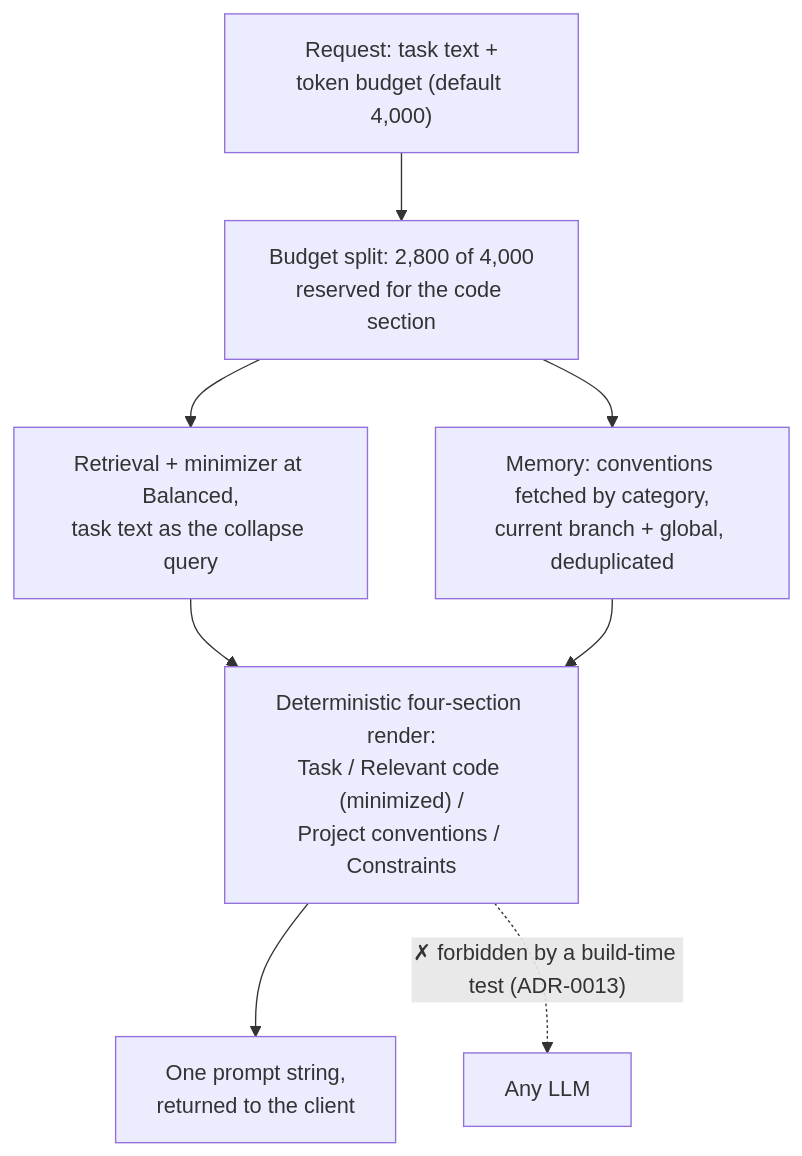
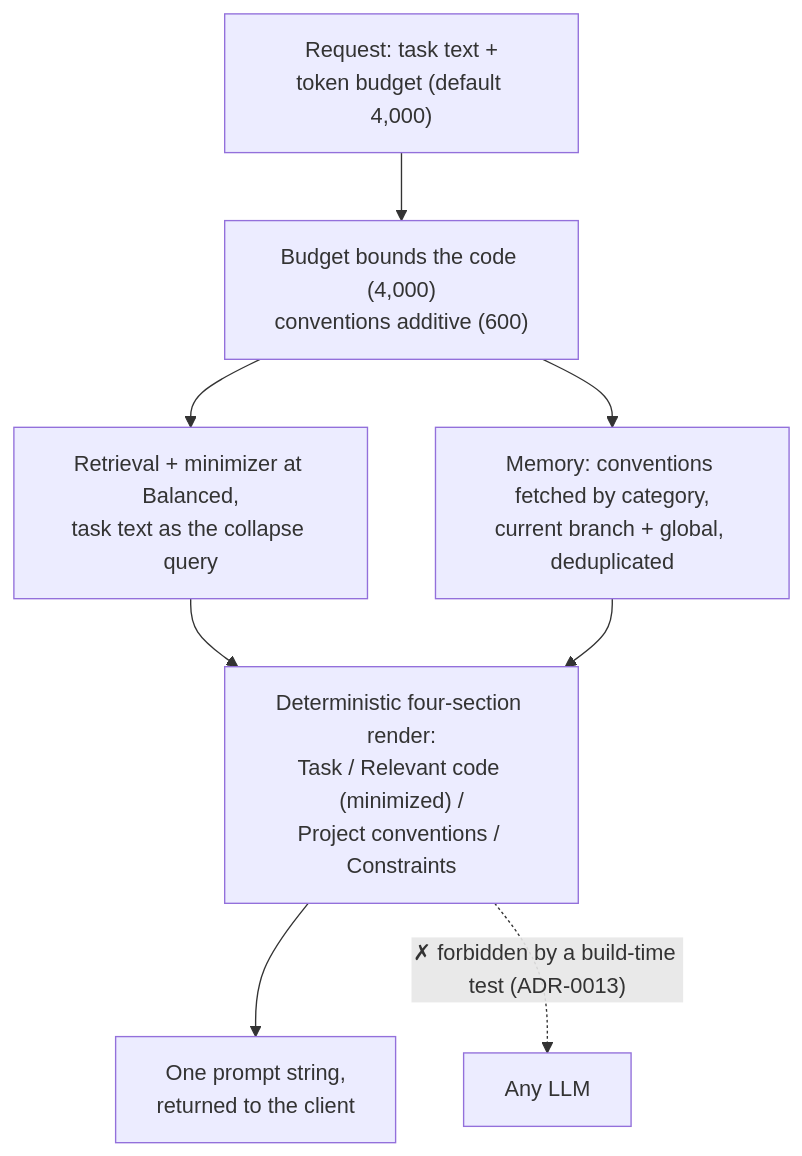
One commit to nitinpawar28/AI-learn changed the second of 2 diagrams in docs/part4-agents/grounded-prompting.md. Above: the diagram before and after it, drawn with Mermaid. The commit also changed other lines of this file and 9 other files, not shown here.

````diff
--- a/docs/part4-agents/grounded-prompting.md
+++ b/docs/part4-agents/grounded-prompting.md
@@ -111,17 +111,17 @@
 ```mermaid
 flowchart TB
     IN["Request: task text +<br/>token budget (default 4,000)"]
-    SPLIT["Budget split: 2,800 of 4,000<br/>reserved for the code section"]
+    SPLIT["Budget bounds the code (4,000)<br/>conventions additive (600)"]
     CODE["Retrieval + minimizer at Balanced,<br/>task text as the collapse query"]
     CONV["Memory: conventions fetched by category,<br/>current branch + global, deduplicated"]
     RENDER["Deterministic four-section render:<br/>Task / Relevant code (minimized) /<br/>Project conventions / Constraints"]
     OUT["One prompt string,<br/>returned to the client"]
     LLM["Any LLM"]
     IN --> SPLIT
     SPLIT --> CODE
     SPLIT --> CONV
     CODE --> RENDER
     CONV --> RENDER
     RENDER --> OUT
     RENDER -. "✗ forbidden by a build-time test (ADR-0013)" .-> LLM
 ```
````
